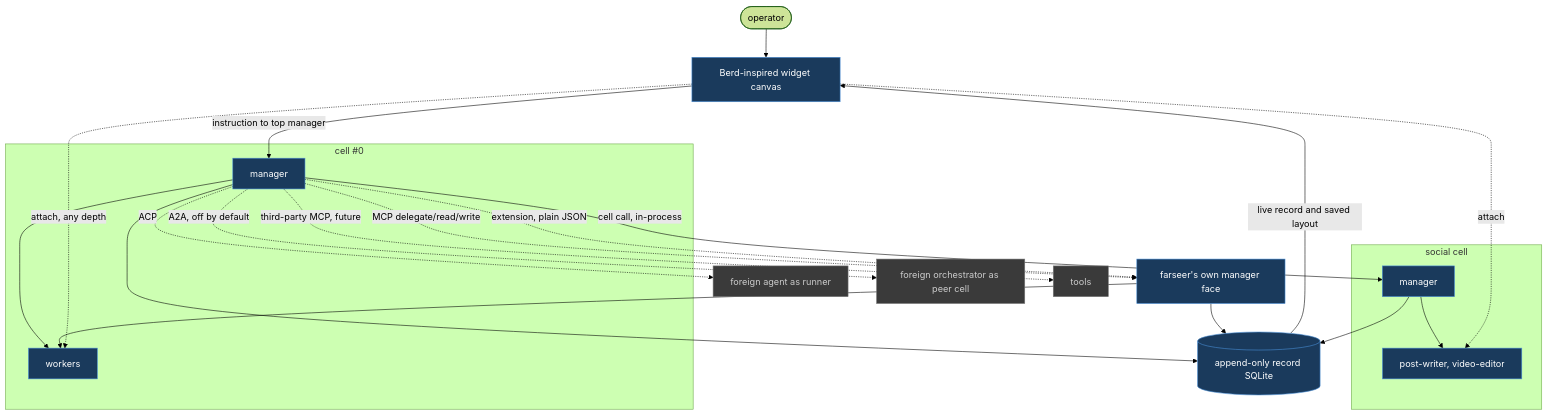
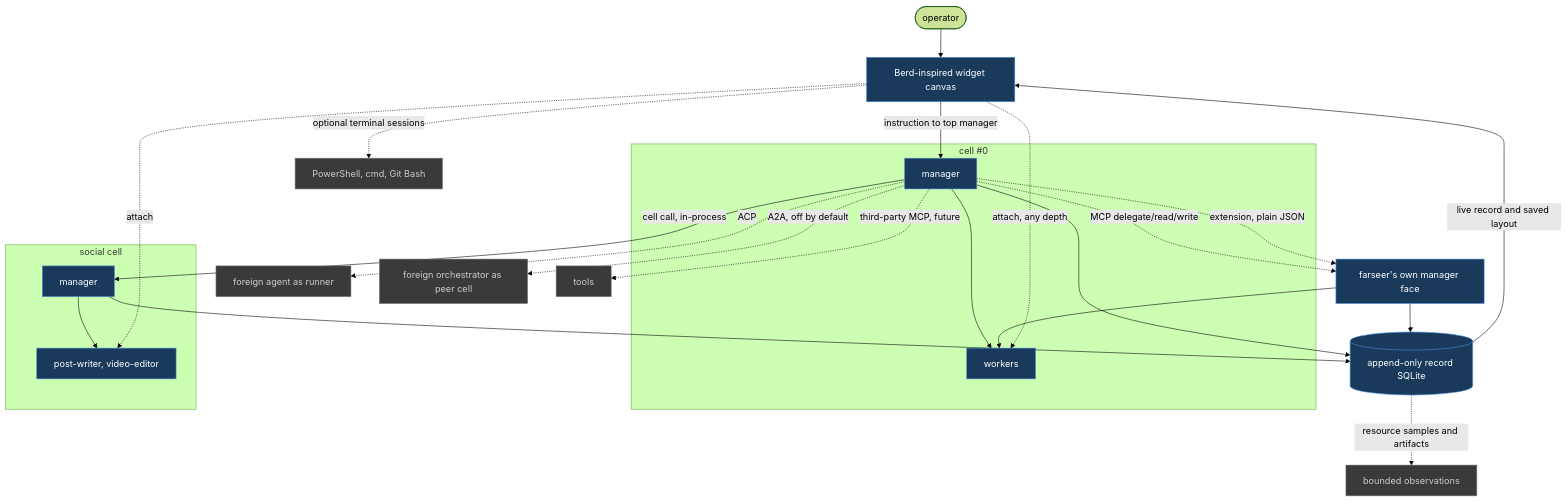
Before and after one commit to izanorshahril/farseer: the diagram in README.md, drawn with Mermaid (forest theme). The commit also changed other lines of this file and 53 other files, not shown here.

````diff
--- a/README.md
+++ b/README.md
@@ -27,37 +27,39 @@
 ```mermaid
 graph TD
   OP([operator]) --> UI[Berd-inspired widget canvas]
   UI -->|instruction to top manager| M0
 
   subgraph C0["cell #0"]
     M0[manager]
     W0[workers]
     M0 --> W0
   end
 
   subgraph CS["social cell"]
     MS[manager]
     WS[post-writer, video-editor]
     MS --> WS
   end
 
   M0 -->|cell call, in-process| MS
   M0 -.->|ACP| RUN[foreign agent as runner]
   M0 -.->|A2A, off by default| PEER[foreign orchestrator as peer cell]
   M0 -.->|third-party MCP, future| TOOL[tools]
   M0 -.->|MCP delegate/read/write| MCPFACE[farseer's own manager face]
   M0 -.->|extension, plain JSON| MCPFACE
   MCPFACE --> W0
   MCPFACE --> REC
 
   M0 --> REC[(append-only record SQLite)]
   MS --> REC
   REC -->|live record and saved layout| UI
   UI -.->|attach, any depth| W0
   UI -.->|attach| WS
+  UI -.->|optional terminal sessions| TERM[PowerShell, cmd, Git Bash]
+  REC -.->|resource samples and artifacts| OBS[bounded observations]
 
   classDef core fill:#1a3a5c,stroke:#4a90d9,color:#fff
   classDef ext fill:#3a3a3a,stroke:#777,color:#ccc
   class UI,M0,MS,W0,WS,REC,MCPFACE core
-  class RUN,PEER,TOOL ext
+  class RUN,PEER,TOOL,TERM,OBS ext
 ```
````
